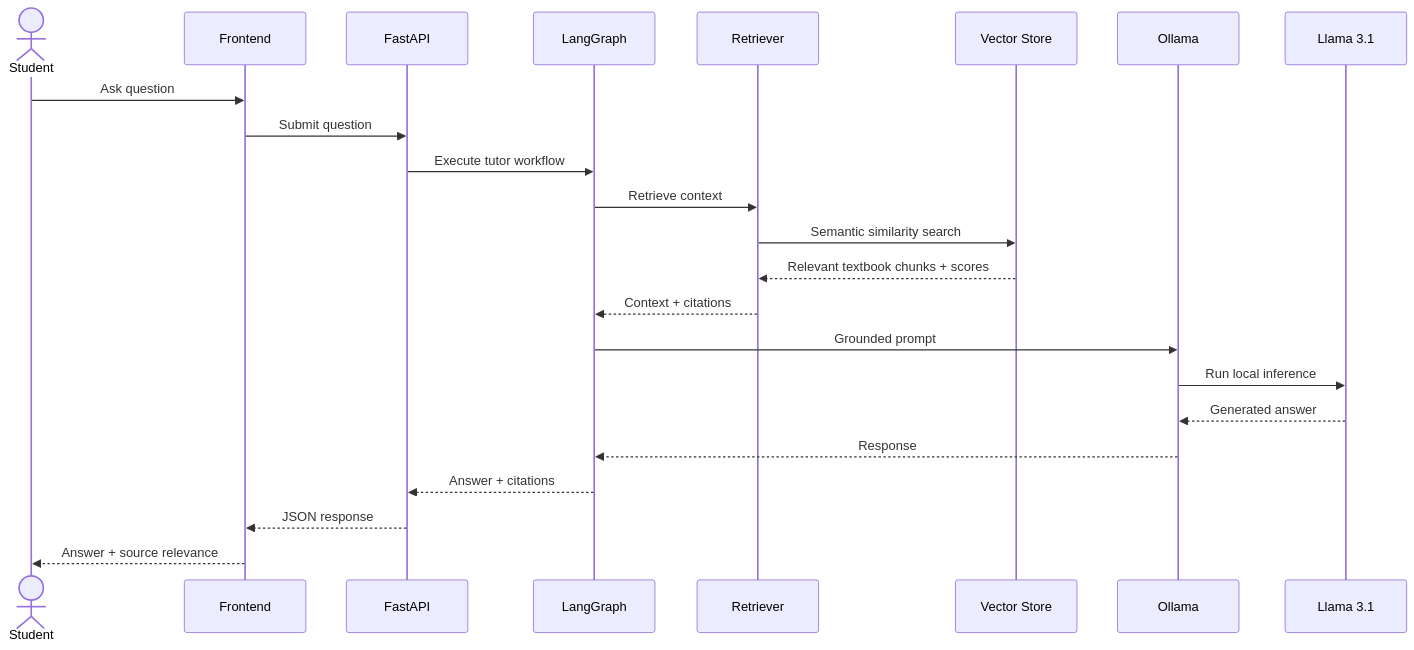
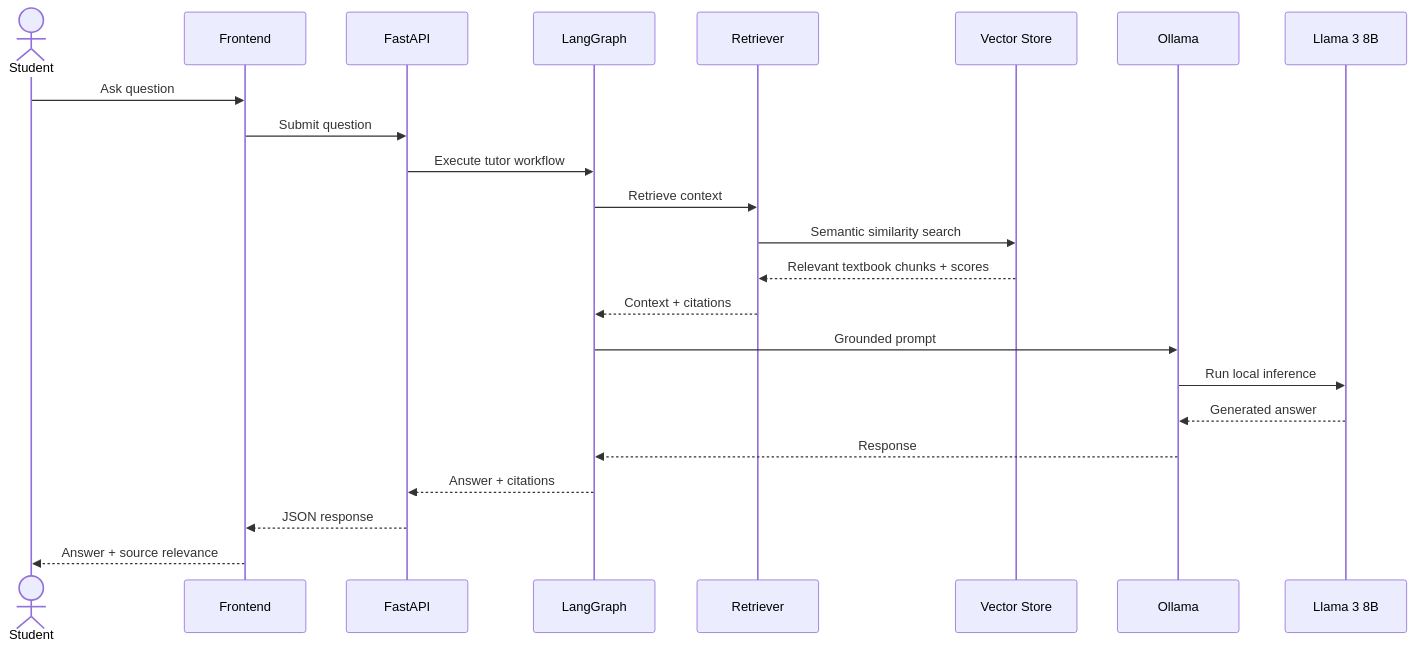
Before and after one commit to Aayushpulkundwar/LearnMateAI: the fourth of 4 diagrams in README.md, drawn with Mermaid. The commit also changed other lines of this file and 309 other files, not shown here.

````diff
--- a/README.md
+++ b/README.md
@@ -1445,41 +1535,41 @@
 ```mermaid
 sequenceDiagram
 
     actor Student
 
     participant Frontend
     participant API as FastAPI
     participant LG as LangGraph
     participant Retriever
     participant VectorDB as Vector Store
     participant Ollama
-    participant Llama as Llama 3.1
+    participant Llama as Llama 3 8B
 
     Student->>Frontend: Ask question
 
     Frontend->>API: Submit question
 
     API->>LG: Execute tutor workflow
 
     LG->>Retriever: Retrieve context
 
     Retriever->>VectorDB: Semantic similarity search
 
     VectorDB-->>Retriever: Relevant textbook chunks + scores
 
     Retriever-->>LG: Context + citations
 
     LG->>Ollama: Grounded prompt
 
     Ollama->>Llama: Run local inference
 
     Llama-->>Ollama: Generated answer
 
     Ollama-->>LG: Response
 
     LG-->>API: Answer + citations
 
     API-->>Frontend: JSON response
 
     Frontend-->>Student: Answer + source relevance
 ```
````
